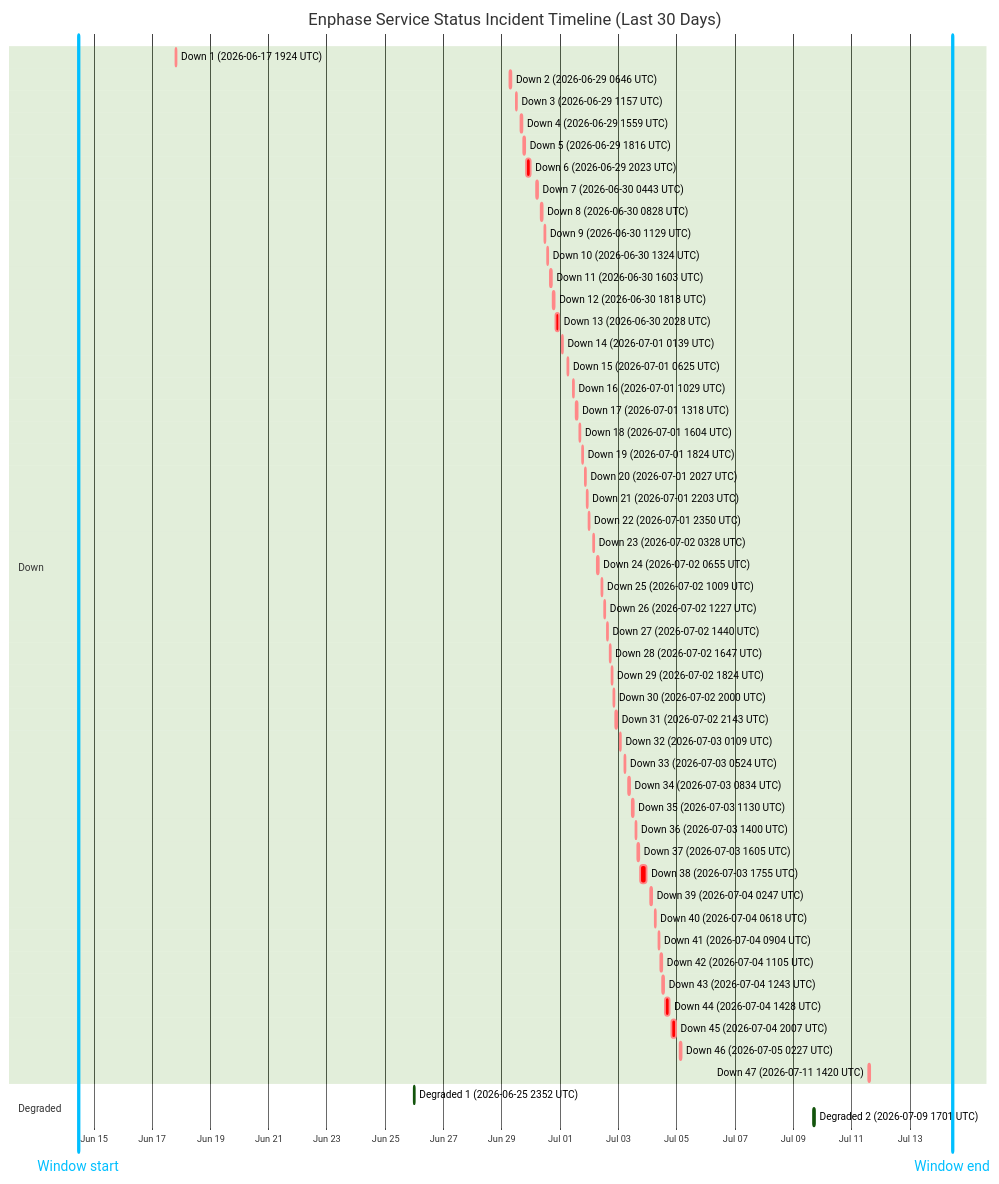
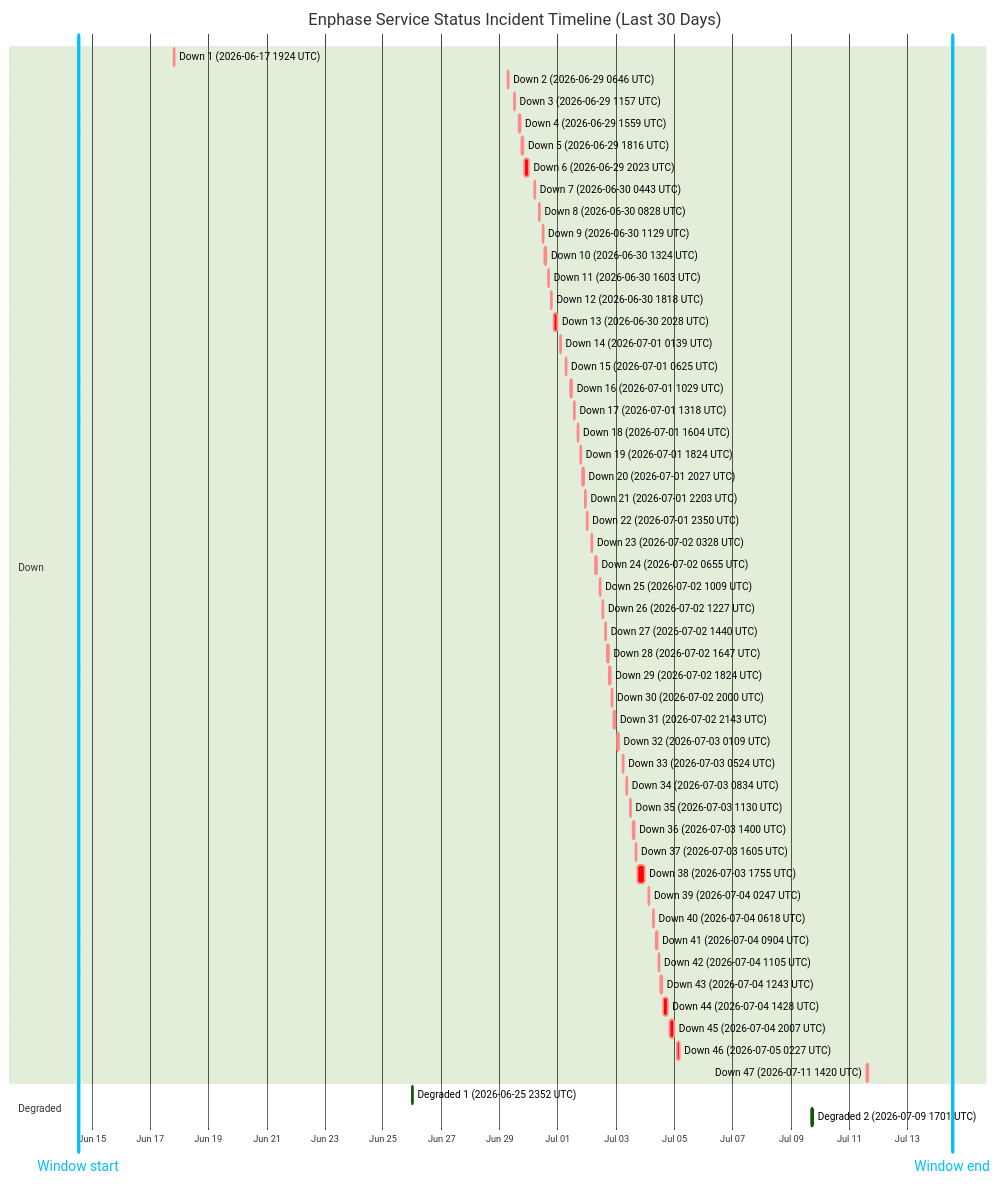
The diagram in wiki/Service-Status-History.md (barneyonline/ha-enphase-energy), drawn with Mermaid (forest theme) before and after one commit. The commit also changed other lines of this file and 3 other files, not shown here.

````diff
--- a/wiki/Service-Status-History.md
+++ b/wiki/Service-Status-History.md
@@ -14,59 +14,59 @@
 ```mermaid
 gantt
     title Enphase Service Status Incident Timeline (Last 30 Days)
     dateFormat  YYYY-MM-DDTHH:mm:ss
     axisFormat  %b %d
-    Window start :vert, window-start, 2026-06-14T11:05:58, 0ms
-    Window end :vert, window-end, 2026-07-14T11:05:58, 0ms
+    Window start :vert, window-start, 2026-06-14T12:46:42, 0ms
+    Window end :vert, window-end, 2026-07-14T12:46:42, 0ms
     section Down
     Down 1 (2026-06-17 1924 UTC) :crit, down-1, 2026-06-17T19:24:51, 60m
     Down 2 (2026-06-29 0646 UTC) :crit, down-2, 2026-06-29T06:46:18, 60m
     Down 3 (2026-06-29 1157 UTC) :crit, down-3, 2026-06-29T11:57:36, 60m
     Down 4 (2026-06-29 1559 UTC) :crit, down-4, 2026-06-29T15:59:02, 60m
     Down 5 (2026-06-29 1816 UTC) :crit, down-5, 2026-06-29T18:16:38, 60m
     Down 6 (2026-06-29 2023 UTC) :crit, down-6, 2026-06-29T20:23:16, 220m
     Down 7 (2026-06-30 0443 UTC) :crit, down-7, 2026-06-30T04:43:54, 60m
     Down 8 (2026-06-30 0828 UTC) :crit, down-8, 2026-06-30T08:28:43, 60m
     Down 9 (2026-06-30 1129 UTC) :crit, down-9, 2026-06-30T11:29:15, 60m
     Down 10 (2026-06-30 1324 UTC) :crit, down-10, 2026-06-30T13:24:25, 60m
     Down 11 (2026-06-30 1603 UTC) :crit, down-11, 2026-06-30T16:03:26, 60m
     Down 12 (2026-06-30 1818 UTC) :crit, down-12, 2026-06-30T18:18:39, 60m
     Down 13 (2026-06-30 2028 UTC) :crit, down-13, 2026-06-30T20:28:54, 171m
     Down 14 (2026-07-01 0139 UTC) :crit, down-14, 2026-07-01T01:39:18, 60m
     Down 15 (2026-07-01 0625 UTC) :crit, down-15, 2026-07-01T06:25:35, 60m
     Down 16 (2026-07-01 1029 UTC) :crit, down-16, 2026-07-01T10:29:24, 60m
     Down 17 (2026-07-01 1318 UTC) :crit, down-17, 2026-07-01T13:18:31, 60m
     Down 18 (2026-07-01 1604 UTC) :crit, down-18, 2026-07-01T16:04:29, 60m
     Down 19 (2026-07-01 1824 UTC) :crit, down-19, 2026-07-01T18:24:21, 60m
     Down 20 (2026-07-01 2027 UTC) :crit, down-20, 2026-07-01T20:27:17, 60m
     Down 21 (2026-07-01 2203 UTC) :crit, down-21, 2026-07-01T22:03:46, 60m
     Down 22 (2026-07-01 2350 UTC) :crit, down-22, 2026-07-01T23:50:52, 60m
     Down 23 (2026-07-02 0328 UTC) :crit, down-23, 2026-07-02T03:28:33, 60m
     Down 24 (2026-07-02 0655 UTC) :crit, down-24, 2026-07-02T06:55:07, 60m
     Down 25 (2026-07-02 1009 UTC) :crit, down-25, 2026-07-02T10:09:15, 60m
     Down 26 (2026-07-02 1227 UTC) :crit, down-26, 2026-07-02T12:27:49, 60m
     Down 27 (2026-07-02 1440 UTC) :crit, down-27, 2026-07-02T14:40:53, 60m
     Down 28 (2026-07-02 1647 UTC) :crit, down-28, 2026-07-02T16:47:47, 60m
     Down 29 (2026-07-02 1824 UTC) :crit, down-29, 2026-07-02T18:24:26, 60m
     Down 30 (2026-07-02 2000 UTC) :crit, down-30, 2026-07-02T20:00:57, 60m
     Down 31 (2026-07-02 2143 UTC) :crit, down-31, 2026-07-02T21:43:52, 80m
     Down 32 (2026-07-03 0109 UTC) :crit, down-32, 2026-07-03T01:09:19, 60m
     Down 33 (2026-07-03 0524 UTC) :crit, down-33, 2026-07-03T05:24:23, 60m
     Down 34 (2026-07-03 0834 UTC) :crit, down-34, 2026-07-03T08:34:05, 60m
     Down 35 (2026-07-03 1130 UTC) :crit, down-35, 2026-07-03T11:30:41, 60m
     Down 36 (2026-07-03 1400 UTC) :crit, down-36, 2026-07-03T14:00:48, 60m
     Down 37 (2026-07-03 1605 UTC) :crit, down-37, 2026-07-03T16:05:49, 60m
     Down 38 (2026-07-03 1755 UTC) :crit, down-38, 2026-07-03T17:55:54, 338m
     Down 39 (2026-07-04 0247 UTC) :crit, down-39, 2026-07-04T02:47:22, 60m
     Down 40 (2026-07-04 0618 UTC) :crit, down-40, 2026-07-04T06:18:09, 60m
     Down 41 (2026-07-04 0904 UTC) :crit, down-41, 2026-07-04T09:04:41, 60m
     Down 42 (2026-07-04 1105 UTC) :crit, down-42, 2026-07-04T11:05:21, 60m
     Down 43 (2026-07-04 1243 UTC) :crit, down-43, 2026-07-04T12:43:25, 60m
     Down 44 (2026-07-04 1428 UTC) :crit, down-44, 2026-07-04T14:28:07, 243m
     Down 45 (2026-07-04 2007 UTC) :crit, down-45, 2026-07-04T20:07:50, 206m
     Down 46 (2026-07-05 0227 UTC) :crit, down-46, 2026-07-05T02:27:32, 109m
     Down 47 (2026-07-11 1420 UTC) :crit, down-47, 2026-07-11T14:20:54, 69m
     section Degraded
     Degraded 1 (2026-06-25 2352 UTC) :active, degraded-1, 2026-06-25T23:52:01, 60m
     Degraded 2 (2026-07-09 1701 UTC) :active, degraded-2, 2026-07-09T17:01:02, 60m
 ```
````
